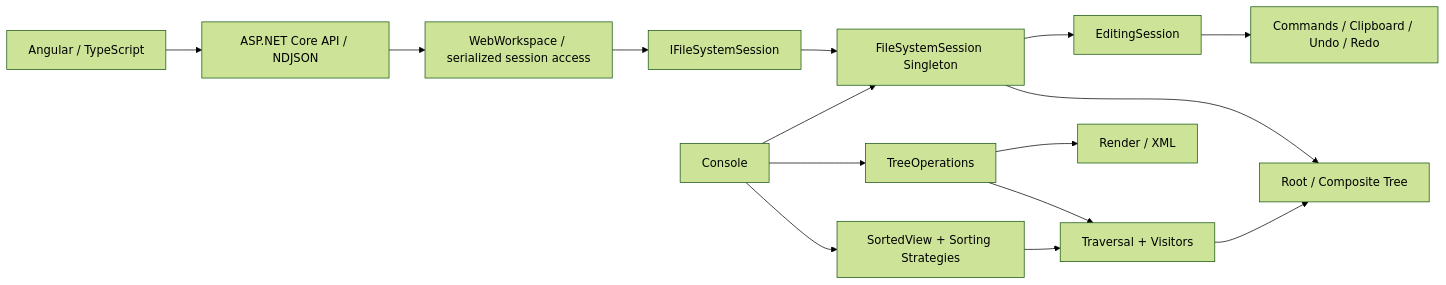
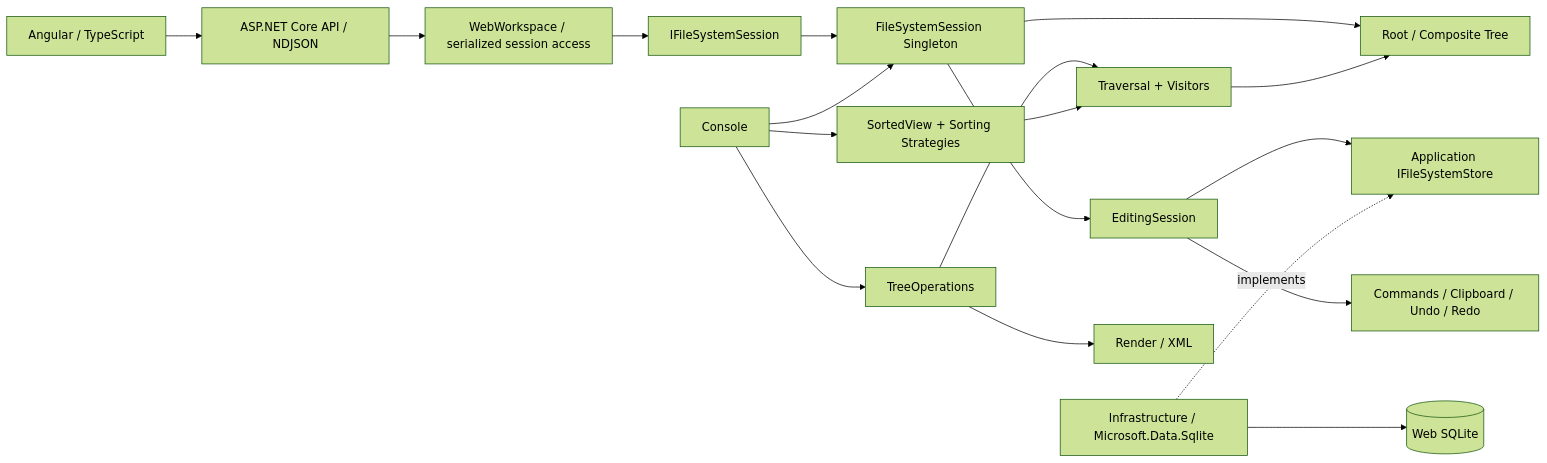
The first of 3 diagrams in README.md (Juyunho/CloudFileManager), drawn with Mermaid (forest theme) before and after one commit. The commit also changed other lines of this file and 160 other files, not shown here.

````diff
--- a/README.md
+++ b/README.md
@@ -41,16 +41,19 @@
 ```mermaid
 flowchart LR
     A[Angular / TypeScript] --> API[ASP.NET Core API / NDJSON]
     API --> W[WebWorkspace / serialized session access]
     W --> I[IFileSystemSession] --> S[FileSystemSession Singleton]
     C[Console] --> S[FileSystemSession Singleton]
     S --> R[Root / Composite Tree]
     S --> E[EditingSession]
+    E --> P[Application IFileSystemStore]
+    DB[Infrastructure / Microsoft.Data.Sqlite] -.implements.-> P
+    DB --> SQL[(Web SQLite)]
     E --> H[Commands / Clipboard / Undo / Redo]
     C --> O[TreeOperations]
     O --> V[Traversal + Visitors]
     V --> R
     C --> Q[SortedView + Sorting Strategies]
     Q --> V
     O --> X[Render / XML]
 ```
````
